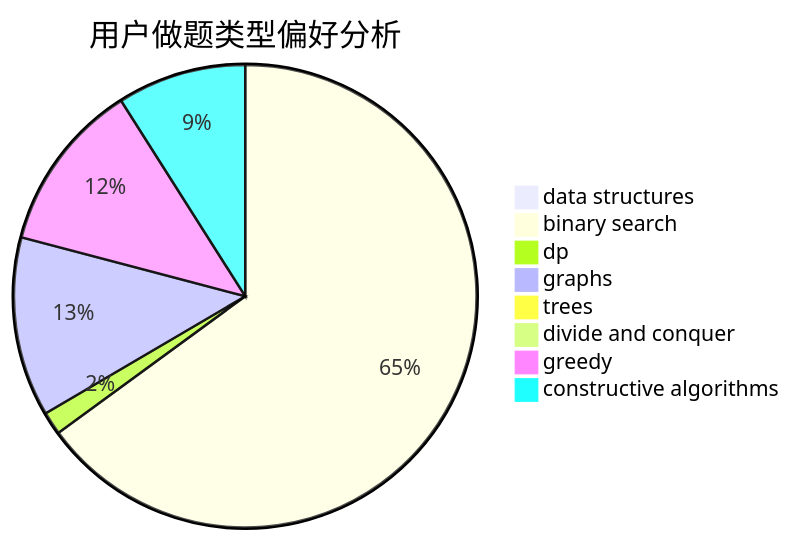
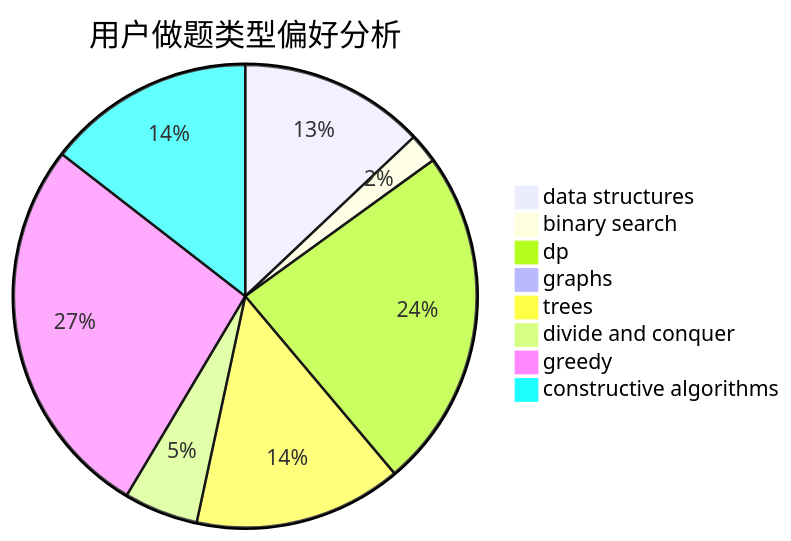
Before and after one commit to sherpahu/cfrs.github.io: the second of 3 diagrams in docs/user/u2519.md, drawn with Mermaid. The commit also changed other lines of this file and 2770 other files, not shown here.

````diff
--- a/docs/user/u2519.md
+++ b/docs/user/u2519.md
@@ -23,11 +23,11 @@
 ```mermaid
 pie title 用户做题类型偏好分析
-    "data structures" :  1
-    "binary search" :  202
-    "dp" :  5
-    "graphs" :  39
-    "trees" :  0
-    "divide and conquer" :  0
-    "greedy" :  37
+    "data structures" :  25
+    "binary search" :  4
+    "dp" :  46
+    "graphs" :  1
+    "trees" :  28
+    "divide and conquer" :  10
+    "greedy" :  52
     "constructive algorithms" :  28
 ```
````
